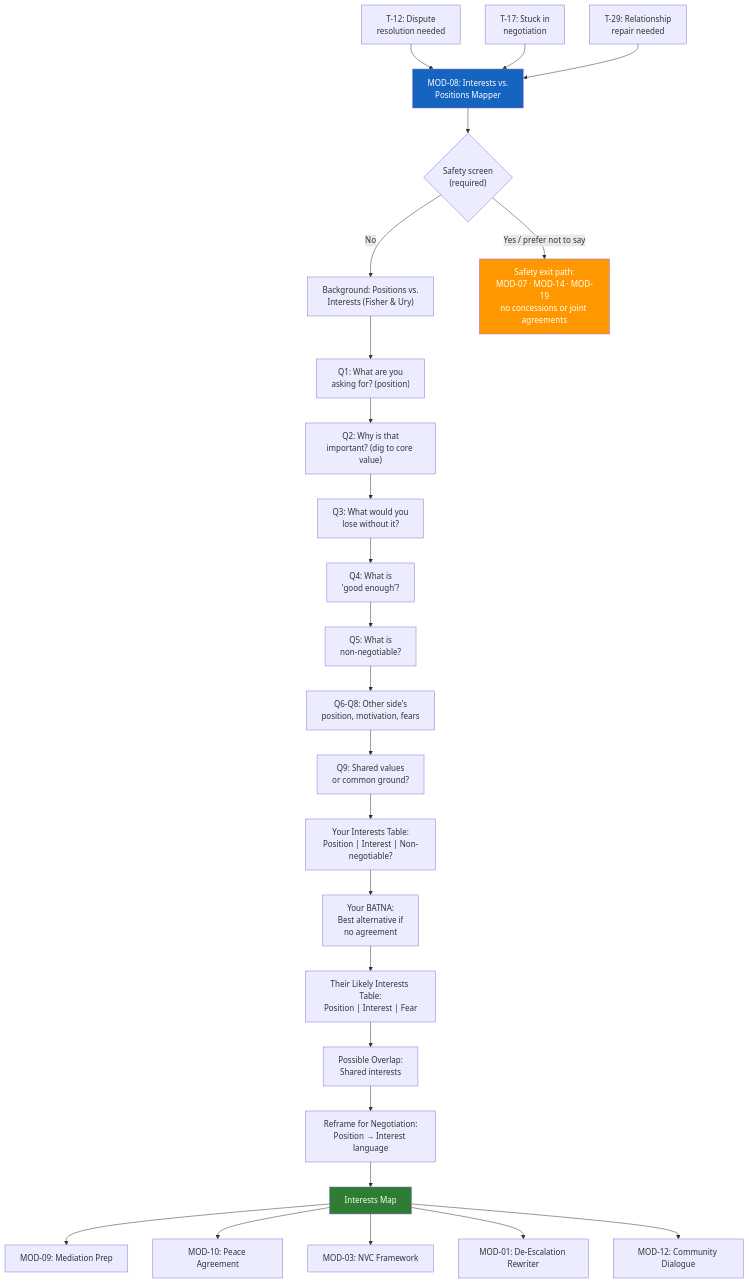
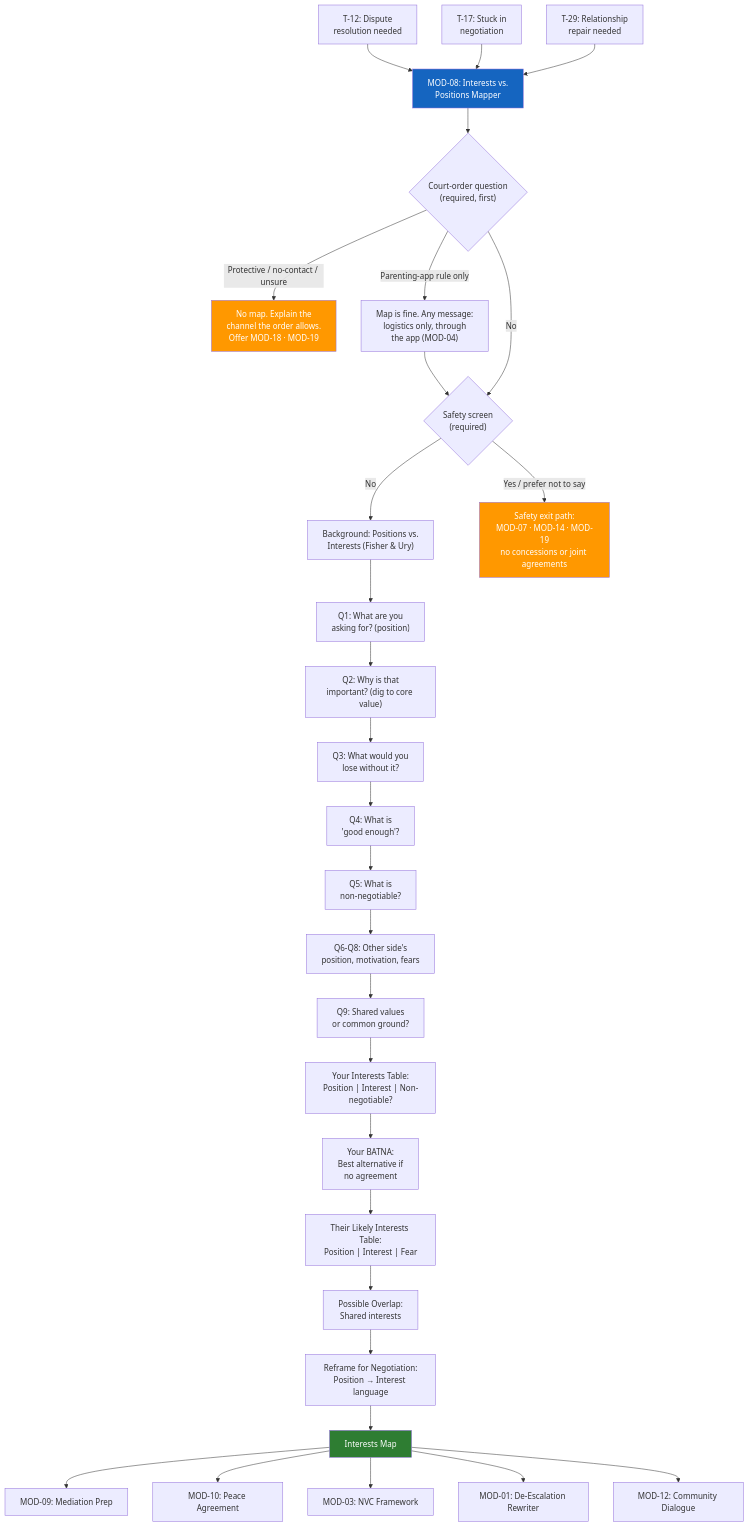
The diagram in modules/MOD-08-interests-positions.md (dougdevitre/access-to-peace), drawn with Mermaid before and after one commit. The commit also changed other lines of this file and 14 other files, not shown here.

First line of the commit message:
Launch QA: decline gate for the message rewriters, plus safety wording fixes (#22)

````diff
--- a/modules/MOD-08-interests-positions.md
+++ b/modules/MOD-08-interests-positions.md
@@ -17,36 +17,41 @@
 ```mermaid
 flowchart TD
     T12["T-12: Dispute\nresolution needed"] --> ENTRY
     T17["T-17: Stuck in\nnegotiation"] --> ENTRY
     T29["T-29: Relationship\nrepair needed"] --> ENTRY
 
-    ENTRY["MOD-08: Interests vs.\nPositions Mapper"]:::blue --> SCREEN{"Safety screen\n(required)"}
+    ENTRY["MOD-08: Interests vs.\nPositions Mapper"]:::blue --> ORDER{"Court-order question\n(required, first)"}
+    ORDER -- "Protective / no-contact / unsure" --> CHANNEL["No map. Explain the\nchannel the order allows.\nOffer MOD-18 · MOD-19"]
+    style CHANNEL fill:#ff9800,color:#fff
+    ORDER -- "Parenting-app rule only" --> APP["Map is fine. Any message:\nlogistics only, through\nthe app (MOD-04)"]
+    APP --> SCREEN
+    ORDER -- "No" --> SCREEN{"Safety screen\n(required)"}
     SCREEN -- "No" --> BG["Background: Positions vs.\nInterests (Fisher & Ury)"]
     SCREEN -- "Yes / prefer not to say" --> EXIT["Safety exit path:\nMOD-07 · MOD-14 · MOD-19\nno concessions or joint agreements"]
     style EXIT fill:#ff9800,color:#fff
     BG --> YOUR1["Q1: What are you\nasking for? (position)"]
     YOUR1 --> YOUR2["Q2: Why is that\nimportant? (dig to core value)"]
     YOUR2 --> YOUR3["Q3: What would you\nlose without it?"]
     YOUR3 --> YOUR4["Q4: What is\n'good enough'?"]
     YOUR4 --> YOUR5["Q5: What is\nnon-negotiable?"]
 
     YOUR5 --> THEIR["Q6-Q8: Other side's\nposition, motivation, fears"]
     THEIR --> OVERLAP["Q9: Shared values\nor common ground?"]
 
     OVERLAP --> MAP_YOU["Your Interests Table:\nPosition | Interest | Non-negotiable?"]
     MAP_YOU --> BATNA["Your BATNA:\nBest alternative if\nno agreement"]
     BATNA --> MAP_THEM["Their Likely Interests Table:\nPosition | Interest | Fear"]
     MAP_THEM --> COMMON["Possible Overlap:\nShared interests"]
     COMMON --> REFRAME["Reframe for Negotiation:\nPosition → Interest language"]
 
     REFRAME --> OUTPUT["Interests Map"]:::green
 
     OUTPUT --> MOD09["MOD-09: Mediation Prep"]
     OUTPUT --> MOD10["MOD-10: Peace Agreement"]
     OUTPUT --> MOD03["MOD-03: NVC Framework"]
     OUTPUT --> MOD01["MOD-01: De-Escalation Rewriter"]
     OUTPUT --> MOD12["MOD-12: Community Dialogue"]
 
     classDef blue fill:#1565c0,color:#fff
     classDef green fill:#2e7d32,color:#fff
 ```
````
